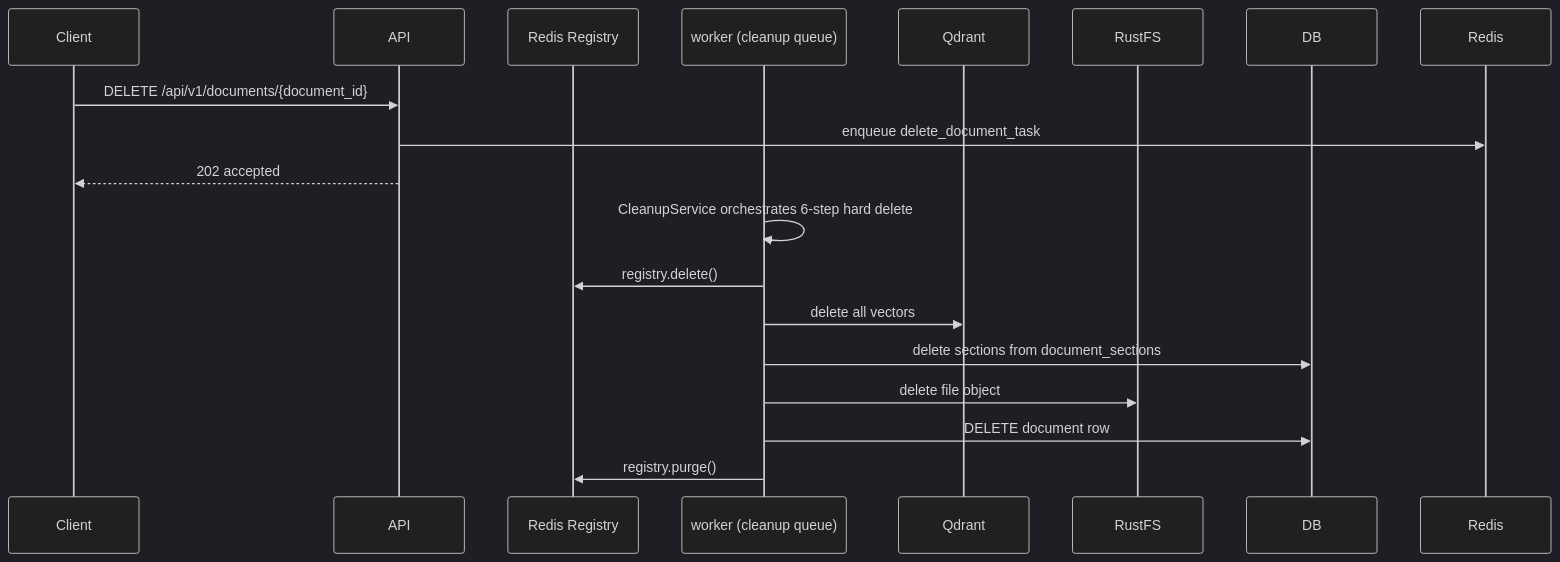
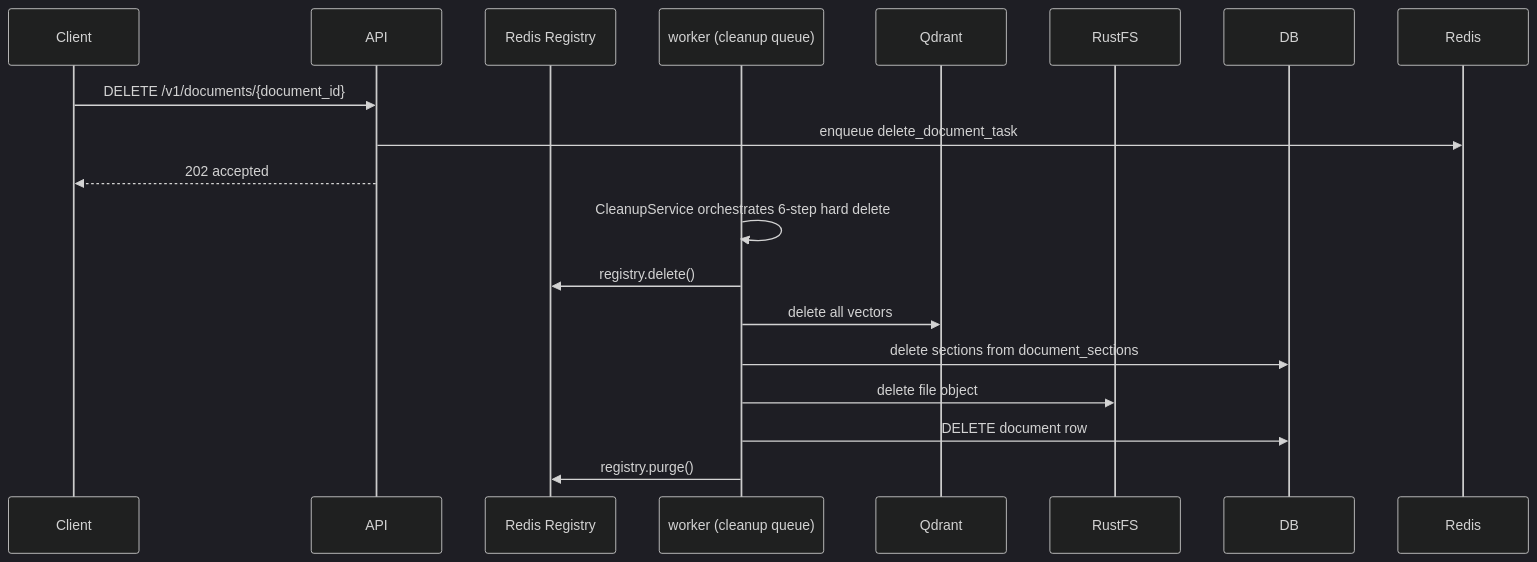
One commit to qtuanph/chatbot-rag changed the diagram in docs/2.3_WORKFLOWS_DELETE.md. Above: the diagram before and after it, drawn with Mermaid (dark theme). The commit also changed 10 other files, not shown here.

````diff
--- a/docs/2.3_WORKFLOWS_DELETE.md
+++ b/docs/2.3_WORKFLOWS_DELETE.md
@@ -5,22 +5,22 @@
 ```mermaid
 sequenceDiagram
     participant Client
     participant API
     participant Registry as Redis Registry
     participant Cleanup as worker (cleanup queue)
     participant Qdrant
     participant RustFS
     participant DB
 
-    Client->>API: DELETE /api/v1/documents/{document_id}
+    Client->>API: DELETE /v1/documents/{document_id}
     API->>Redis: enqueue delete_document_task
     API-->>Client: 202 accepted
 
     Cleanup->>Cleanup: CleanupService orchestrates 6-step hard delete
     Cleanup->>Registry: registry.delete()
     Cleanup->>Qdrant: delete all vectors
     Cleanup->>DB: delete sections from document_sections
     Cleanup->>RustFS: delete file object
     Cleanup->>DB: DELETE document row
     Cleanup->>Registry: registry.purge()
 ```
````
